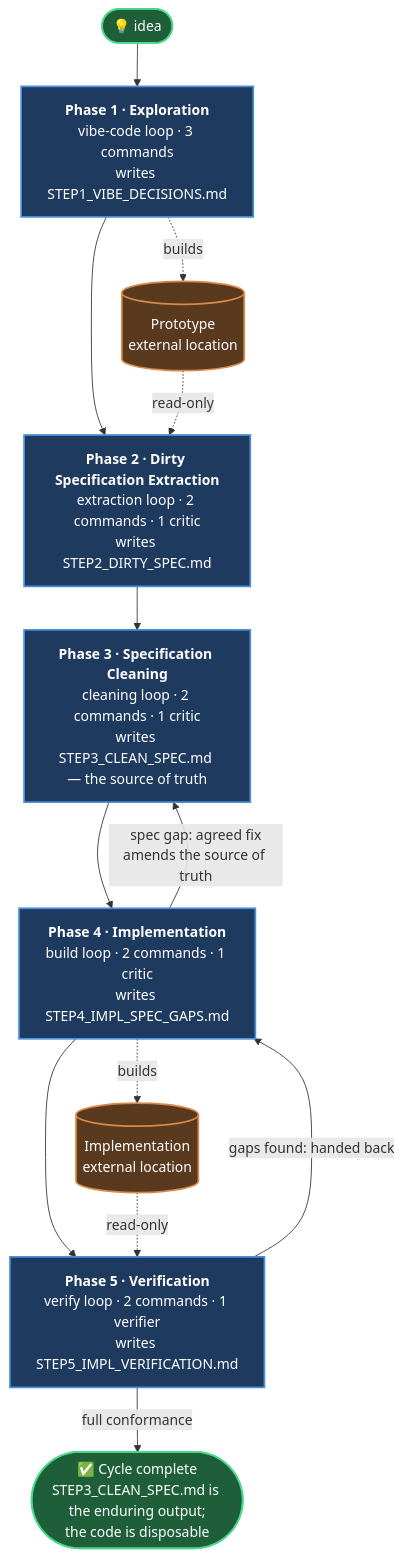
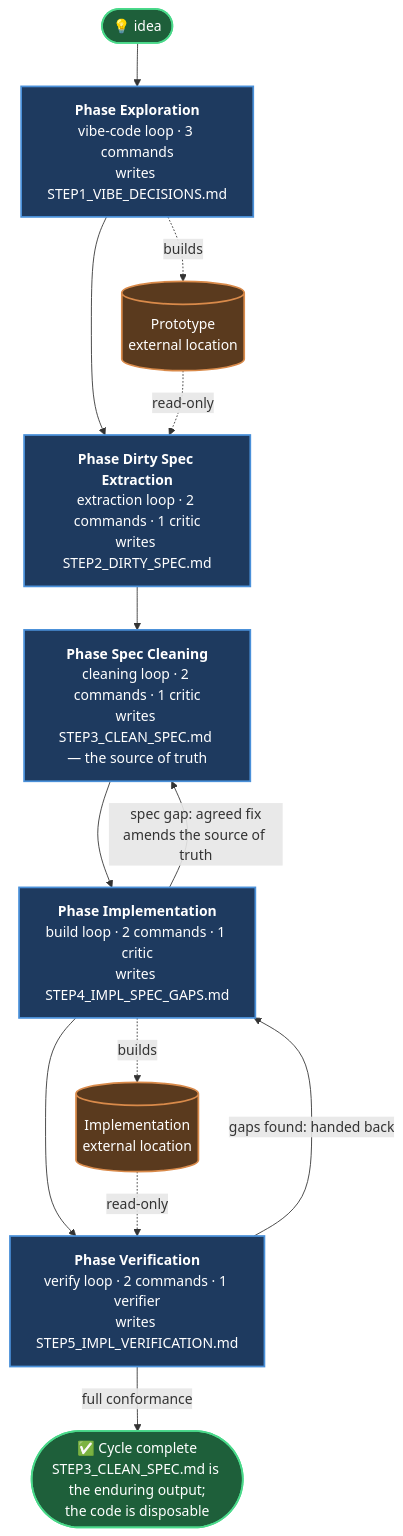
One commit to jeromeetienne/vibe_to_spec changed the first of 6 diagrams in docs/global_workflow.md. Above: the diagram before and after it, drawn with Mermaid. The commit also changed other lines of this file and 9 other files, not shown here.

Commit message:
Shorten phase names to Dirty Spec Extraction / Spec Cleaning and reference phases by name, not number

````diff
--- a/docs/global_workflow.md
+++ b/docs/global_workflow.md
@@ -33,31 +33,31 @@
 ```mermaid
 flowchart TD
     Idea(["💡 idea"]) --> P1
 
-    P1["<b>Phase 1 · Exploration</b><br/>vibe-code loop · 3 commands<br/>writes STEP1_VIBE_DECISIONS.md"]
-    P2["<b>Phase 2 · Dirty Specification Extraction</b><br/>extraction loop · 2 commands · 1 critic<br/>writes STEP2_DIRTY_SPEC.md"]
-    P3["<b>Phase 3 · Specification Cleaning</b><br/>cleaning loop · 2 commands · 1 critic<br/>writes STEP3_CLEAN_SPEC.md — the source of truth"]
-    P4["<b>Phase 4 · Implementation</b><br/>build loop · 2 commands · 1 critic<br/>writes STEP4_IMPL_SPEC_GAPS.md"]
-    P5["<b>Phase 5 · Verification</b><br/>verify loop · 2 commands · 1 verifier<br/>writes STEP5_IMPL_VERIFICATION.md"]
+    P1["<b>Phase Exploration</b><br/>vibe-code loop · 3 commands<br/>writes STEP1_VIBE_DECISIONS.md"]
+    P2["<b>Phase Dirty Spec Extraction</b><br/>extraction loop · 2 commands · 1 critic<br/>writes STEP2_DIRTY_SPEC.md"]
+    P3["<b>Phase Spec Cleaning</b><br/>cleaning loop · 2 commands · 1 critic<br/>writes STEP3_CLEAN_SPEC.md — the source of truth"]
+    P4["<b>Phase Implementation</b><br/>build loop · 2 commands · 1 critic<br/>writes STEP4_IMPL_SPEC_GAPS.md"]
+    P5["<b>Phase Verification</b><br/>verify loop · 2 commands · 1 verifier<br/>writes STEP5_IMPL_VERIFICATION.md"]
 
     P1 --> P2 --> P3 --> P4 --> P5
     P5 -->|"full conformance"| Done(["✅ Cycle complete<br/>STEP3_CLEAN_SPEC.md is the enduring output;<br/>the code is disposable"])
 
     Proto[("Prototype<br/>external location")]
     Impl[("Implementation<br/>external location")]
 
     P1 -.->|builds| Proto
     Proto -.->|read-only| P2
     P4 -.->|builds| Impl
     Impl -.->|read-only| P5
 
     P4 -->|"spec gap: agreed fix<br/>amends the source of truth"| P3
     P5 -->|"gaps found: handed back"| P4
 
     classDef phase fill:#1e3a5f,stroke:#4a90d9,stroke-width:2px,color:#fff;
     classDef code fill:#5a3a1e,stroke:#d98a4a,stroke-width:2px,color:#fff;
     classDef done fill:#1e5f3a,stroke:#4ad98a,stroke-width:2px,color:#fff;
     class P1,P2,P3,P4,P5 phase;
     class Proto,Impl code;
     class Done,Idea done;
 ```
````
